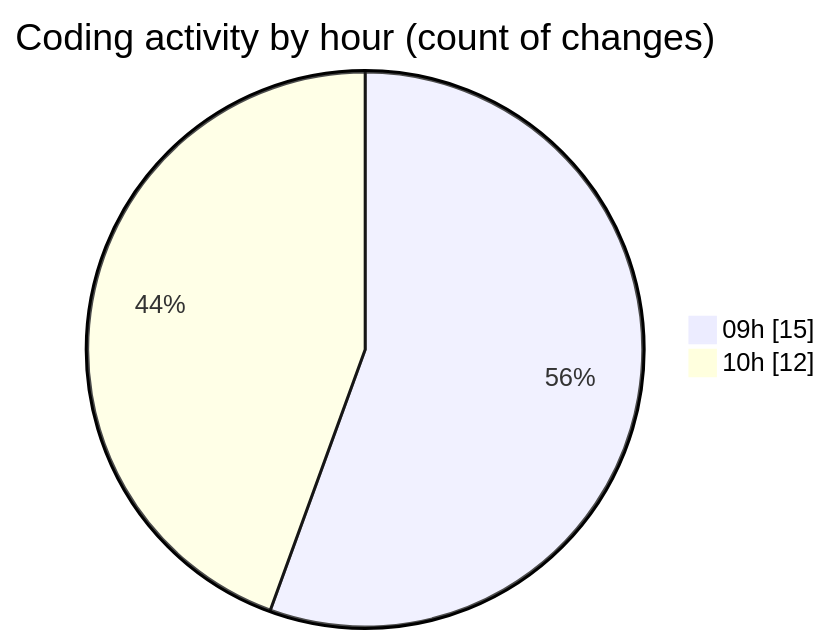
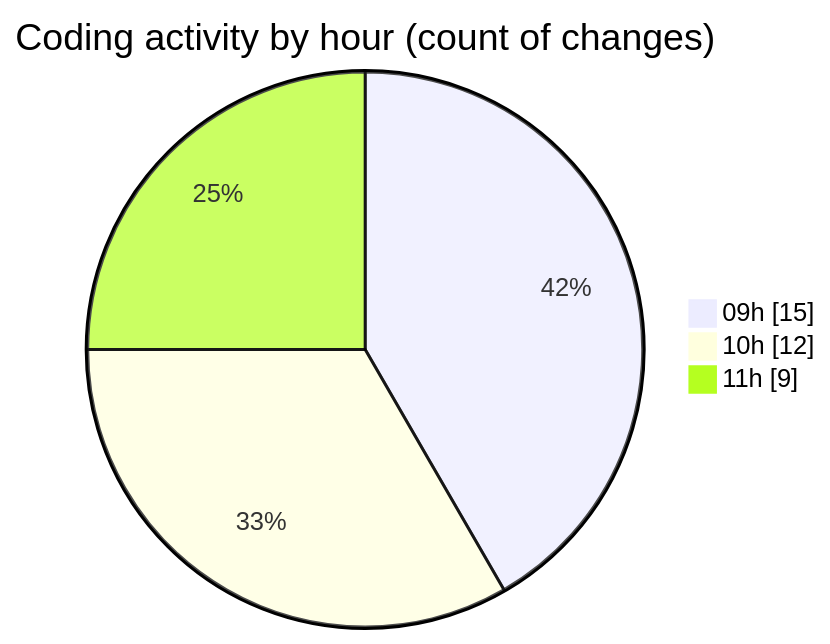
Before and after one commit to lephambinh05/code-tracking: the second of 2 diagrams in 2025-09-16/datanv/README.md, drawn with Mermaid. The commit also changed other lines of this file and 1 other file, not shown here.

````diff
--- a/2025-09-16/datanv/README.md
+++ b/2025-09-16/datanv/README.md
@@ -35,6 +38,7 @@
 ```mermaid
 pie showData
 title Coding activity by hour (count of changes)
 "09h" : 15
 "10h" : 12
+"11h" : 9
 ```
````
